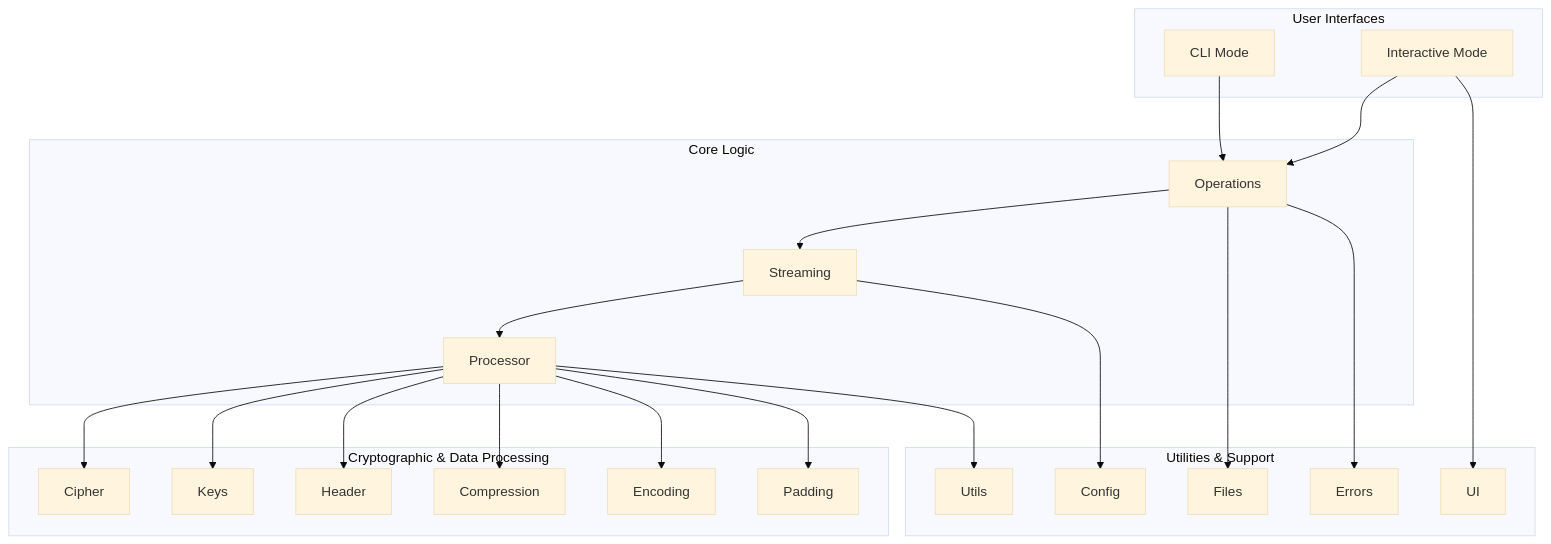
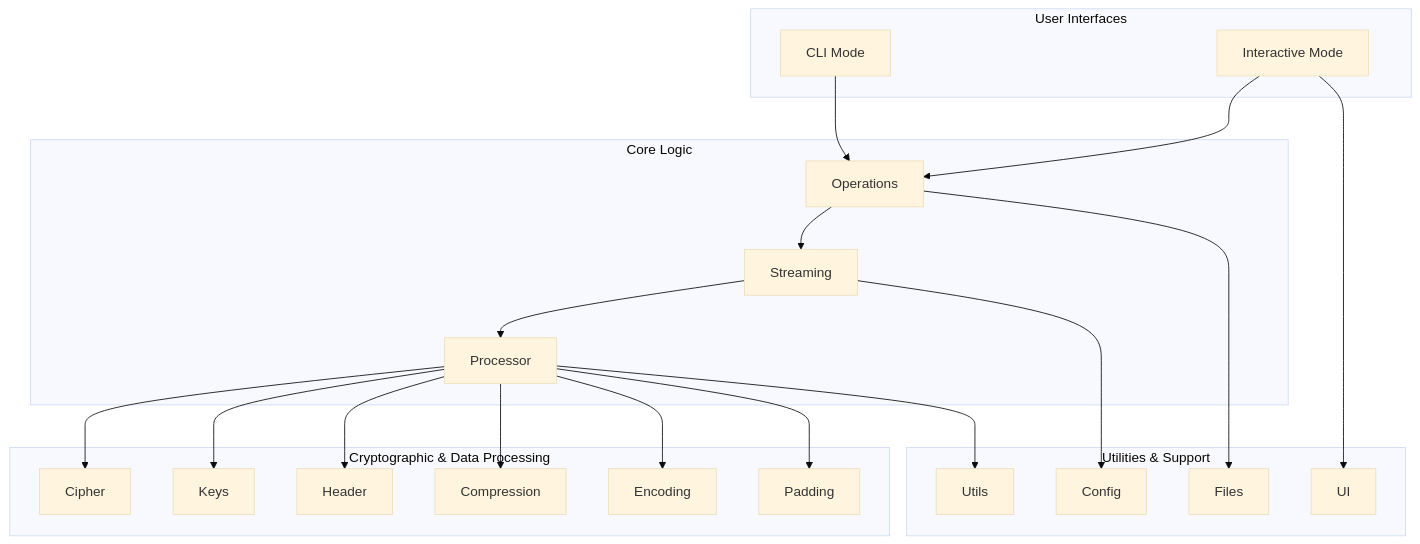
The diagram in README.md (hambosto/sweetbyte), drawn with Mermaid (base theme) before and after one commit. The commit also changed other lines of this file, not shown here.

````diff
--- a/README.md
+++ b/README.md
@@ -83,49 +83,47 @@
 ```mermaid
 graph TD
     subgraph "User Interfaces"
         A[CLI Mode]
         B[Interactive Mode]
     end
 
     subgraph "Core Logic"
         C[Operations]
         E[Streaming]
         D[Processor]
     end
 
     subgraph "Cryptographic & Data Processing"
         F[Cipher]
         G[Keys]
         H[Header]
         I[Compression]
         J[Encoding]
         K[Padding]
     end
 
     subgraph "Utilities & Support"
         L[Files]
         M[UI]
         N[Config]
-        O[Errors]
         P[Utils]
     end
 
     A --> C
     B --> C
 
     C --> E
     E --> D
 
     D --> F
     D --> G
     D --> H
     D --> I
     D --> J
     D --> K
 
     C --> L
     B --> M
     E --> N
-    C --> O
     D --> P
 ```
````
